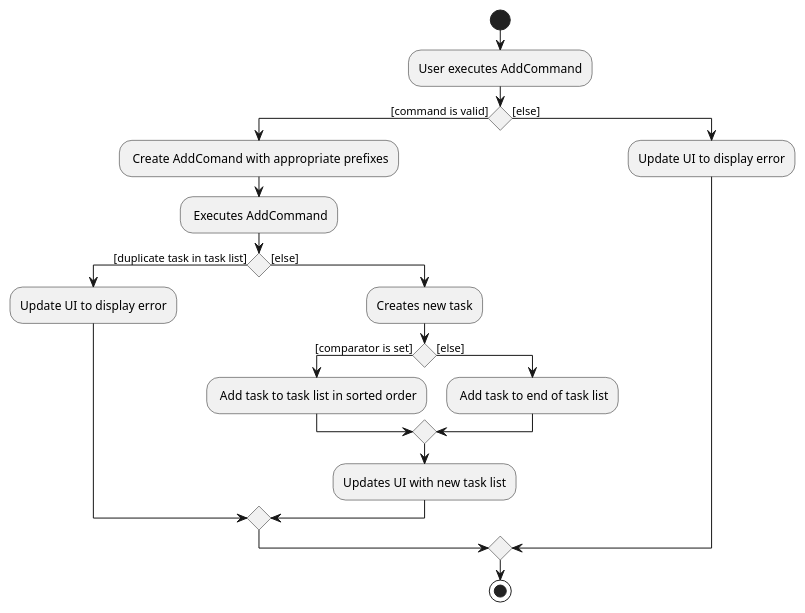
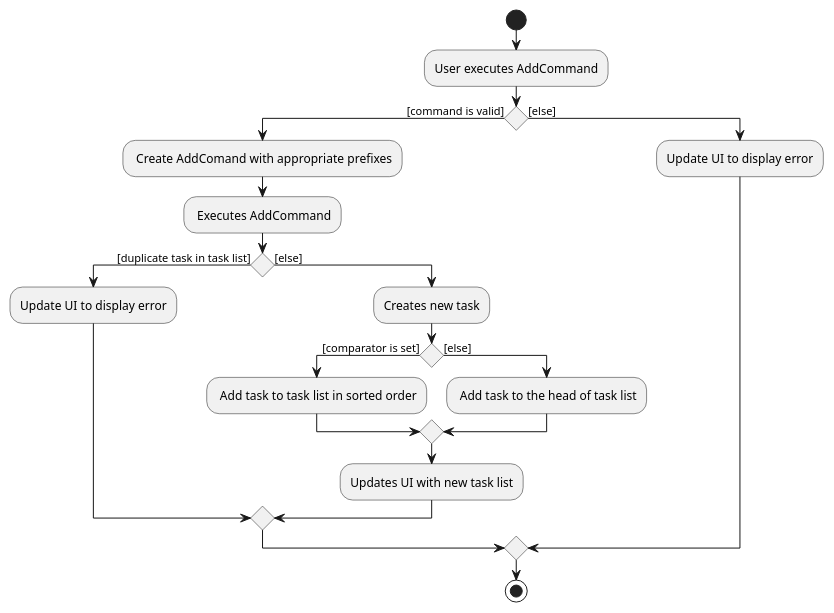
Before and after one commit to nus-cs2103-AY1920S2/addressbook-level3: the diagram in docs/diagrams/AddCommandActivityDiagram.puml, drawn with PlantUML. The commit also changed 10 other files, not shown here.

```diff
--- a/docs/diagrams/AddCommandActivityDiagram.puml
+++ b/docs/diagrams/AddCommandActivityDiagram.puml
@@ -1,24 +1,24 @@
 @startuml
 start
 :User executes AddCommand;
 
 if () then ([command is valid])
   : Create AddComand with appropriate prefixes;
   : Executes AddCommand;
   if () then ([duplicate task in task list])
         :Update UI to display error;
   else ([else])
         :Creates new task;
         if() then ([comparator is set])
             : Add task to task list in sorted order;
         else ([else])
-            : Add task to end of task list;
+            : Add task to the head of task list;
         endif
         :Updates UI with new task list;
   endif
 else ([else])
   :Update UI to display error;
 endif
 
 stop;
 @enduml
```
